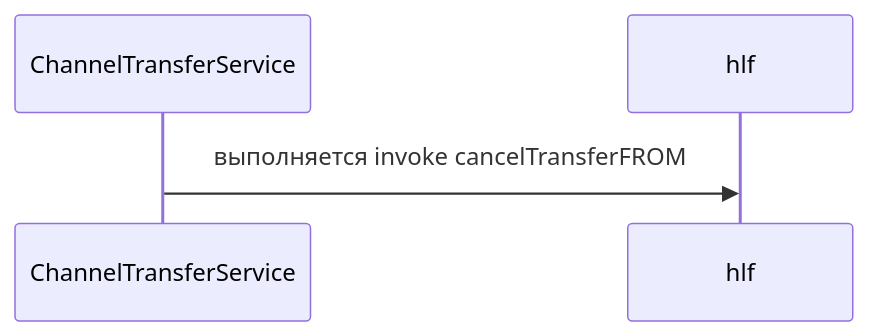
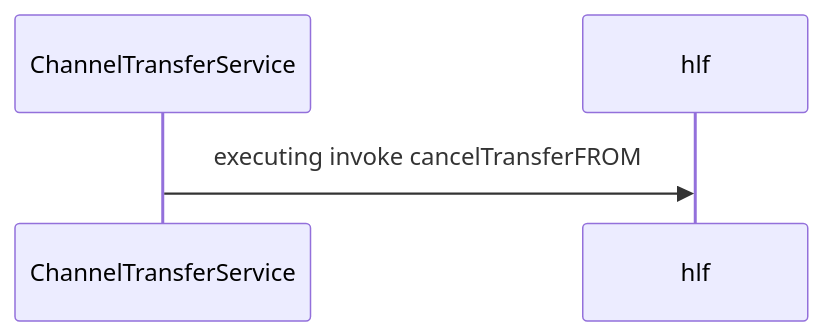
Diagram 11 of 11 in doc/channelTransferService.md (anoideaopen/channel-transfer), drawn with Mermaid before and after one commit. The commit also changed other lines of this file and 71 other files, not shown here.

````diff
--- a/doc/channelTransferService.md
+++ b/doc/channelTransferService.md
@@ -110,5 +114,5 @@
 ```mermaid
 sequenceDiagram
-    ChannelTransferService ->> hlf: выполняется invoke cancelTransferFROM
+    ChannelTransferService ->> hlf: executing invoke cancelTransferFROM
 
 ```
````
